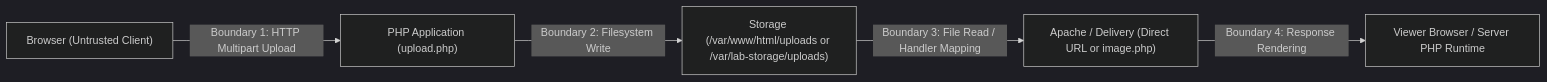
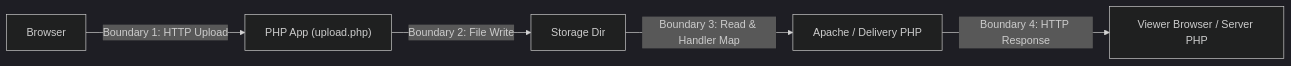
The diagram in labs/01-php-upload-defense/docs/en/worksheet.md (sunak-tech/upload-to-execution-lab), drawn with Mermaid (dark theme) before and after one commit. The commit also changed other lines of this file and 38 other files, not shown here.

````diff
--- a/labs/01-php-upload-defense/docs/en/worksheet.md
+++ b/labs/01-php-upload-defense/docs/en/worksheet.md
@@ -17,7 +14,7 @@
 ```mermaid
 flowchart LR
-    U["Browser (Untrusted Client)"] -->|"Boundary 1: HTTP Multipart Upload"| APP["PHP Application (upload.php)"]
-    APP -->|"Boundary 2: Filesystem Write"| ST["Storage (/var/www/html/uploads or /var/lab-storage/uploads)"]
-    ST -->|"Boundary 3: File Read / Handler Mapping"| SRV["Apache / Delivery (Direct URL or image.php)"]
-    SRV -->|"Boundary 4: Response Rendering"| V["Viewer Browser / Server PHP Runtime"]
+    C["Browser"] -->|"Boundary 1: HTTP Upload"| APP["PHP App (upload.php)"]
+    APP -->|"Boundary 2: File Write"| ST["Storage Dir"]
+    ST -->|"Boundary 3: Read & Handler Map"| SRV["Apache / Delivery PHP"]
+    SRV -->|"Boundary 4: HTTP Response"| V["Viewer Browser / Server PHP"]
 ```
````
